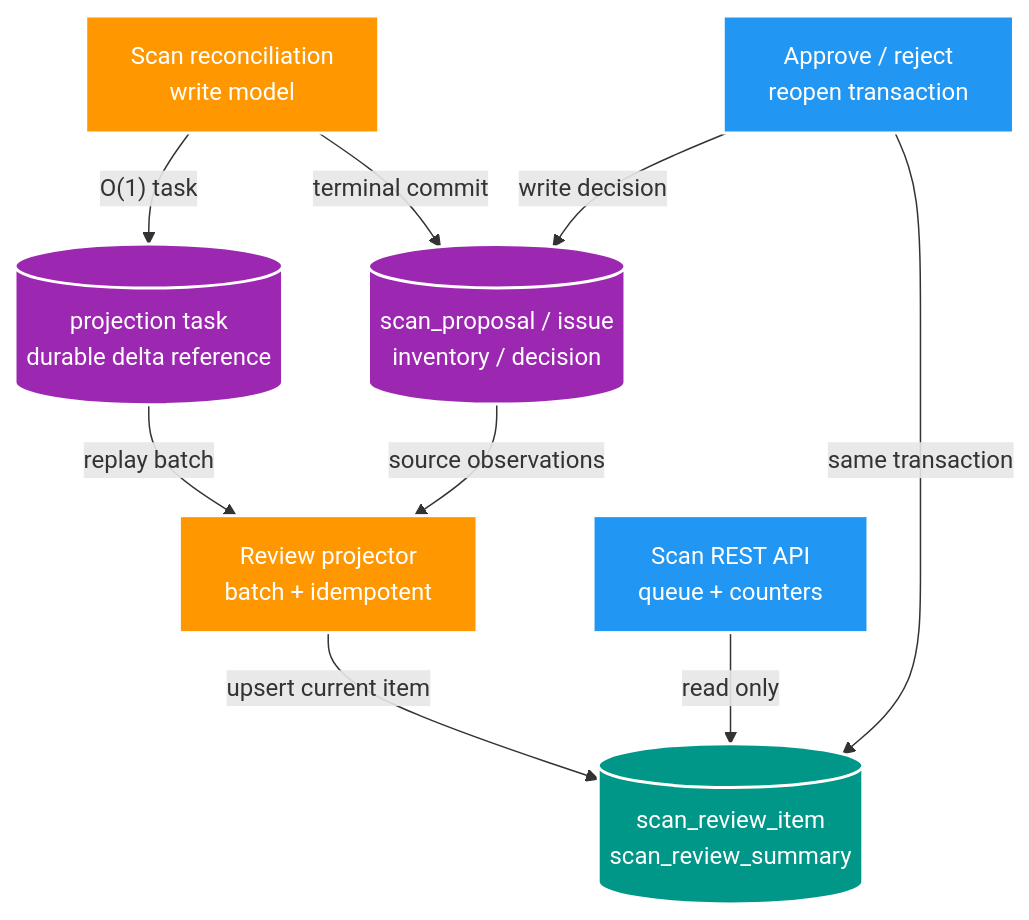
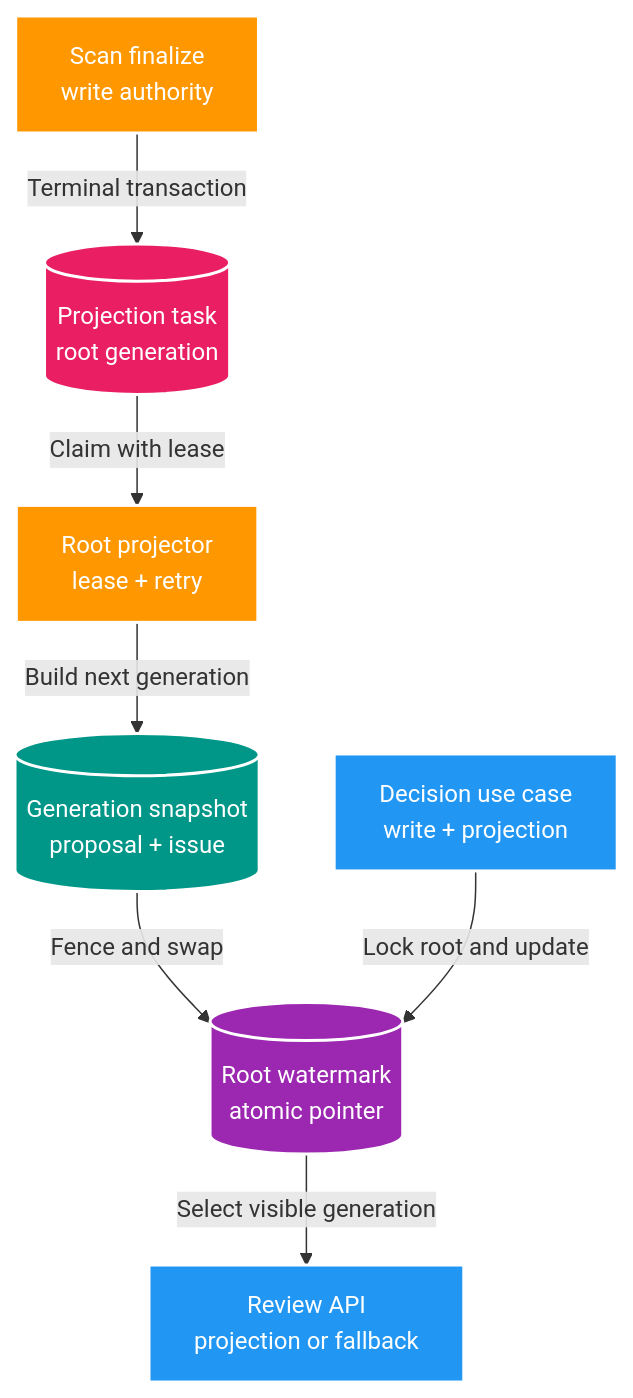
One commit to HungPhan200591/file-mngt-be-v2 changed the diagram in docs/features/033-scan-review-read-model/02-design.md. Above: the diagram before and after it, drawn with Mermaid. The commit also changed other lines of this file and 23 other files, not shown here.

Commit message:
feat(scan): implement FT-033 review read model

````diff
--- a/docs/features/033-scan-review-read-model/02-design.md
+++ b/docs/features/033-scan-review-read-model/02-design.md
@@ -8,27 +8,25 @@
 ```mermaid
 flowchart TB
-    SCAN["<font color='white'>Scan reconciliation<br/>write model</font>"]
-    WRITE[("<font color='white'>scan_proposal / issue<br/>inventory / decision</font>")]
-    TASK[("<font color='white'>projection task<br/>durable delta reference</font>")]
-    PROJECTOR["<font color='white'>Review projector<br/>batch + idempotent</font>"]
-    READ[("<font color='white'>scan_review_item<br/>scan_review_summary</font>")]
-    API["<font color='white'>Scan REST API<br/>queue + counters</font>"]
-    DECIDE["<font color='white'>Approve / reject<br/>reopen transaction</font>"]
+    SCAN["<font color='white'>Scan finalize<br/>write authority</font>"]
+    TASK[("<font color='white'>Projection task<br/>root generation</font>")]
+    WORKER["<font color='white'>Root projector<br/>lease + retry</font>"]
+    STAGED[("<font color='white'>Generation snapshot<br/>proposal + issue</font>")]
+    ROOT[("<font color='white'>Root watermark<br/>atomic pointer</font>")]
+    API["<font color='white'>Review API<br/>projection or fallback</font>"]
+    DECIDE["<font color='white'>Decision use case<br/>write + projection</font>"]
 
-    SCAN -->|"terminal commit"| WRITE
-    SCAN -->|"O(1) task"| TASK
-    TASK -->|"replay batch"| PROJECTOR
-    WRITE -->|"source observations"| PROJECTOR
-    PROJECTOR -->|"upsert current item"| READ
-    API -->|"read only"| READ
-    DECIDE -->|"write decision"| WRITE
-    DECIDE -->|"same transaction"| READ
+    SCAN -->|"Terminal transaction"| TASK
+    TASK -->|"Claim with lease"| WORKER
+    WORKER -->|"Build next generation"| STAGED
+    STAGED -->|"Fence and swap"| ROOT
+    ROOT -->|"Select visible generation"| API
+    DECIDE -->|"Lock root and update"| ROOT
 
     style SCAN fill:#FF9800,stroke:#fff,stroke-width:2px,color:#fff
-    style WRITE fill:#9C27B0,stroke:#fff,stroke-width:2px,color:#fff
-    style TASK fill:#9C27B0,stroke:#fff,stroke-width:2px,color:#fff
-    style PROJECTOR fill:#FF9800,stroke:#fff,stroke-width:2px,color:#fff
-    style READ fill:#009688,stroke:#fff,stroke-width:2px,color:#fff
+    style TASK fill:#E91E63,stroke:#fff,stroke-width:2px,color:#fff
+    style WORKER fill:#FF9800,stroke:#fff,stroke-width:2px,color:#fff
+    style STAGED fill:#009688,stroke:#fff,stroke-width:2px,color:#fff
+    style ROOT fill:#9C27B0,stroke:#fff,stroke-width:2px,color:#fff
     style API fill:#2196F3,stroke:#fff,stroke-width:2px,color:#fff
     style DECIDE fill:#2196F3,stroke:#fff,stroke-width:2px,color:#fff
 ```
````
